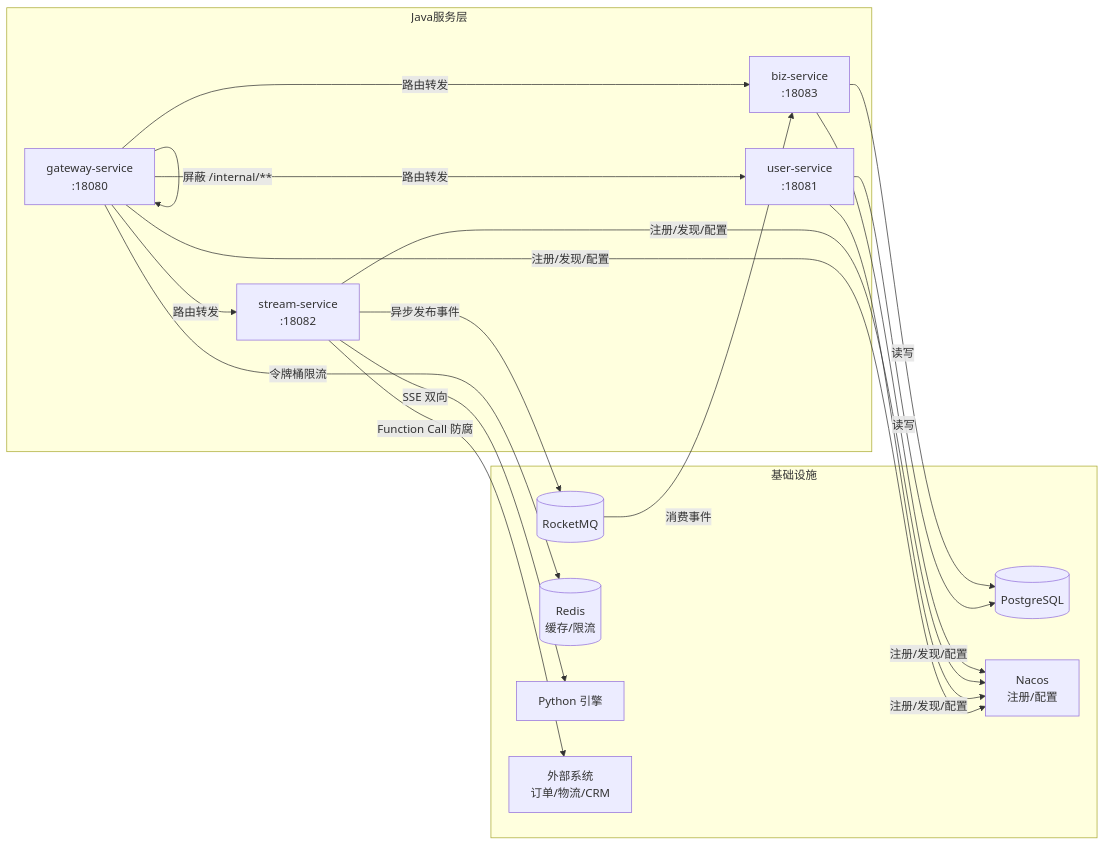
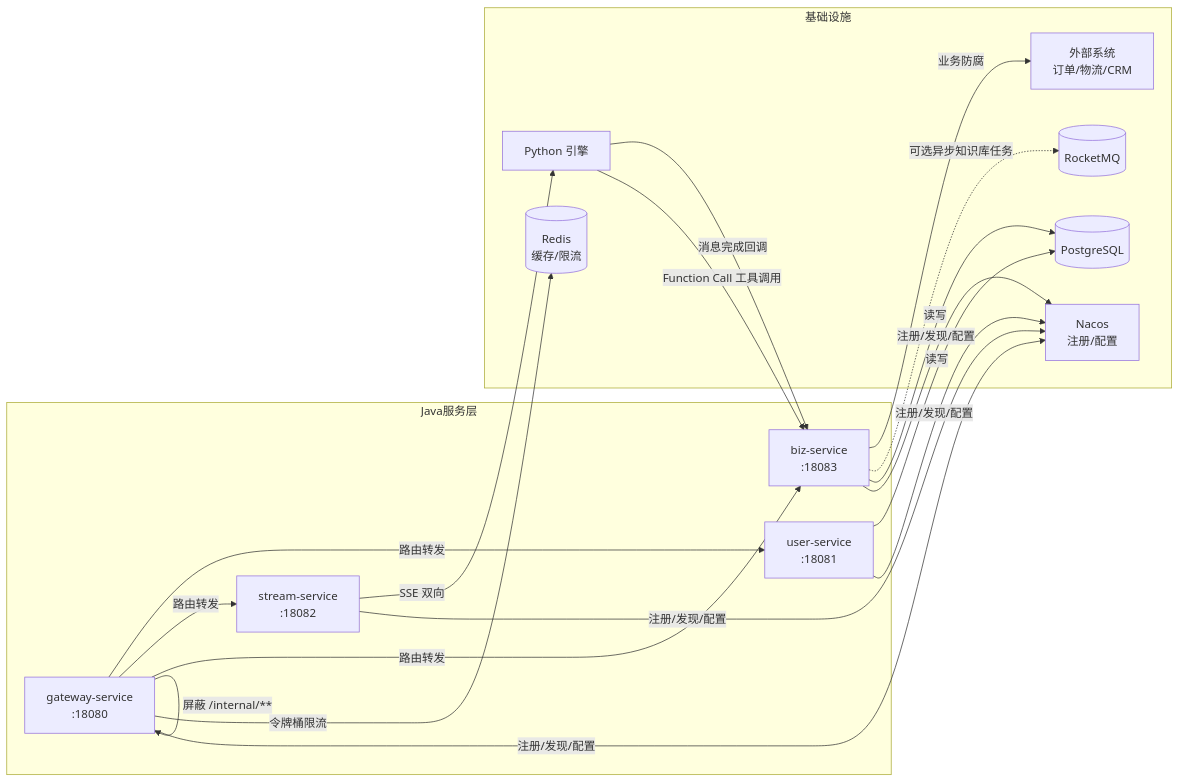
The third of 3 diagrams in docs/sdd/初始化Java服务.md (Pymjl/ai-customer-service-platform), drawn with Mermaid before and after one commit. The commit also changed other lines of this file and 25 other files, not shown here.

````diff
--- a/docs/sdd/初始化Java服务.md
+++ b/docs/sdd/初始化Java服务.md
@@ -133,38 +131,39 @@
 ```mermaid
 flowchart LR
     subgraph Java服务层
         G[gateway-service
 :18080]
         U[user-service
 :18081]
         S[stream-service
 :18082]
         B[biz-service
 :18083]
     end
 
     subgraph 基础设施
         MQ[(RocketMQ)]
         RD[(Redis
 缓存/限流)]
         DB[(PostgreSQL)]
         NC[Nacos
 注册/配置]
         PY[Python 引擎]
         EXT[外部系统
 订单/物流/CRM]
     end
 
     G -->|路由转发| U
     G -->|路由转发| S
     G -->|路由转发| B
     G -->|屏蔽 /internal/**| G
     G -->|令牌桶限流| RD
     U -->|读写| DB
     S -->|SSE 双向| PY
-    S -->|Function Call 防腐| EXT
-    S -->|异步发布事件| MQ
-    MQ -->|消费事件| B
+    PY -->|消息完成回调| B
+    PY -->|Function Call 工具调用| B
+    B -->|业务防腐| EXT
+    B -.->|可选异步知识库任务| MQ
     B -->|读写| DB
     G & U & S & B -->|注册/发现/配置| NC
 ```
````
